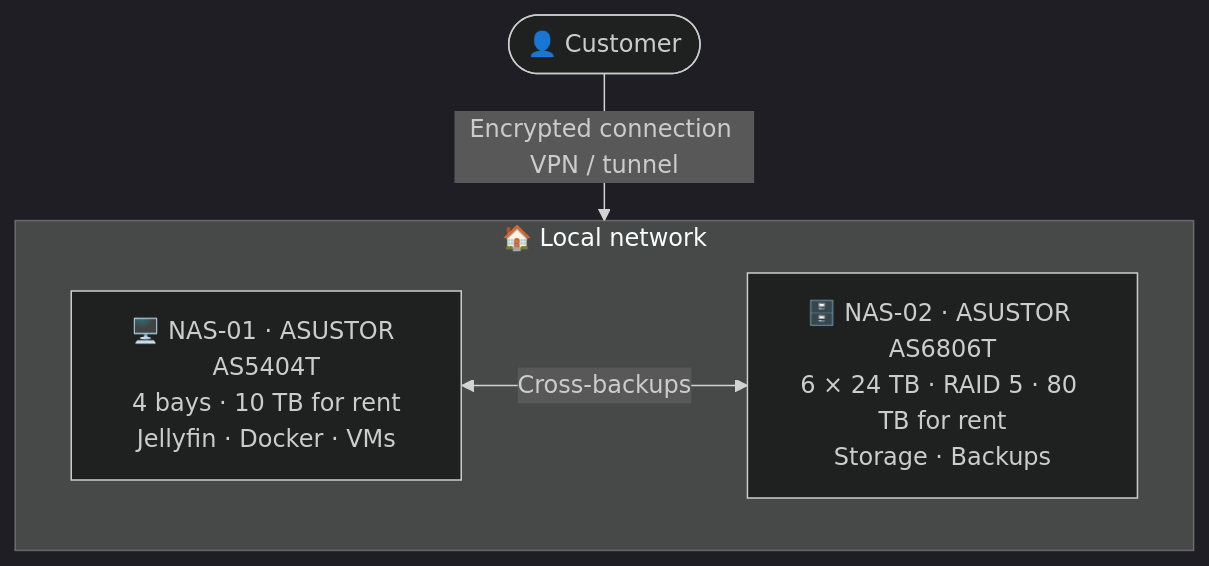
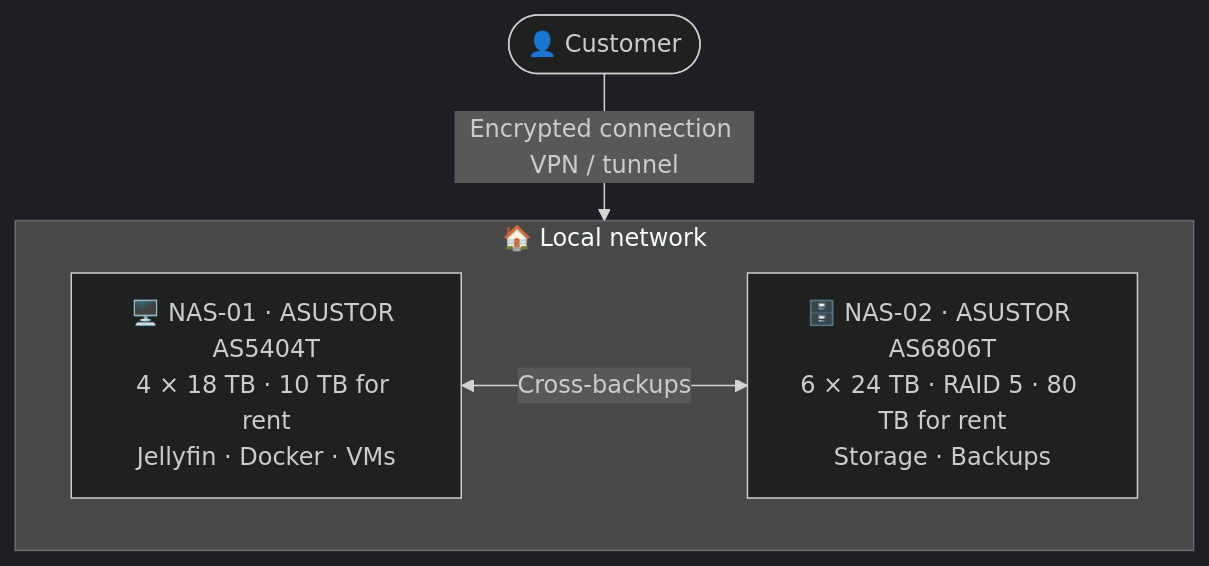
The second of 2 diagrams in README.en.md (Oskillar28/raco-hosting), drawn with Mermaid (dark theme) before and after one commit. The commit also changed other lines of this file and 3 other files, not shown here.

````diff
--- a/README.en.md
+++ b/README.en.md
@@ -107,9 +107,9 @@
 ```mermaid
 flowchart TB
     Client([👤 Customer]) -->|Encrypted connection VPN / tunnel| LAN
     subgraph LAN[🏠 Local network]
-        NAS1[🖥️ NAS-01 · ASUSTOR AS5404T<br/>4 bays · 10 TB for rent<br/>Jellyfin · Docker · VMs]
+        NAS1[🖥️ NAS-01 · ASUSTOR AS5404T<br/>4 × 18 TB · 10 TB for rent<br/>Jellyfin · Docker · VMs]
         NAS2[🗄️ NAS-02 · ASUSTOR AS6806T<br/>6 × 24 TB · RAID 5 · 80 TB for rent<br/>Storage · Backups]
         NAS1 <-->|Cross-backups| NAS2
     end
 ```
````
